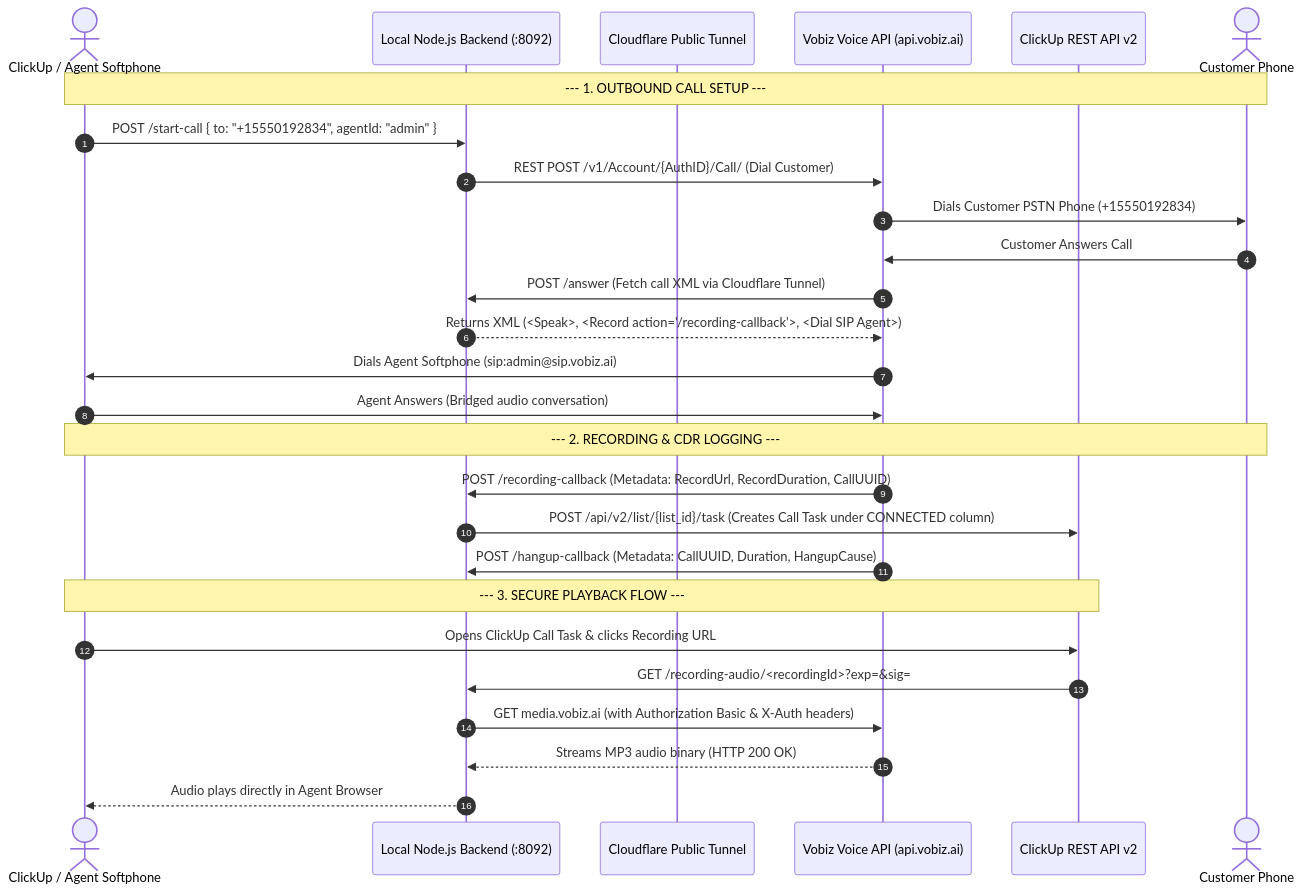
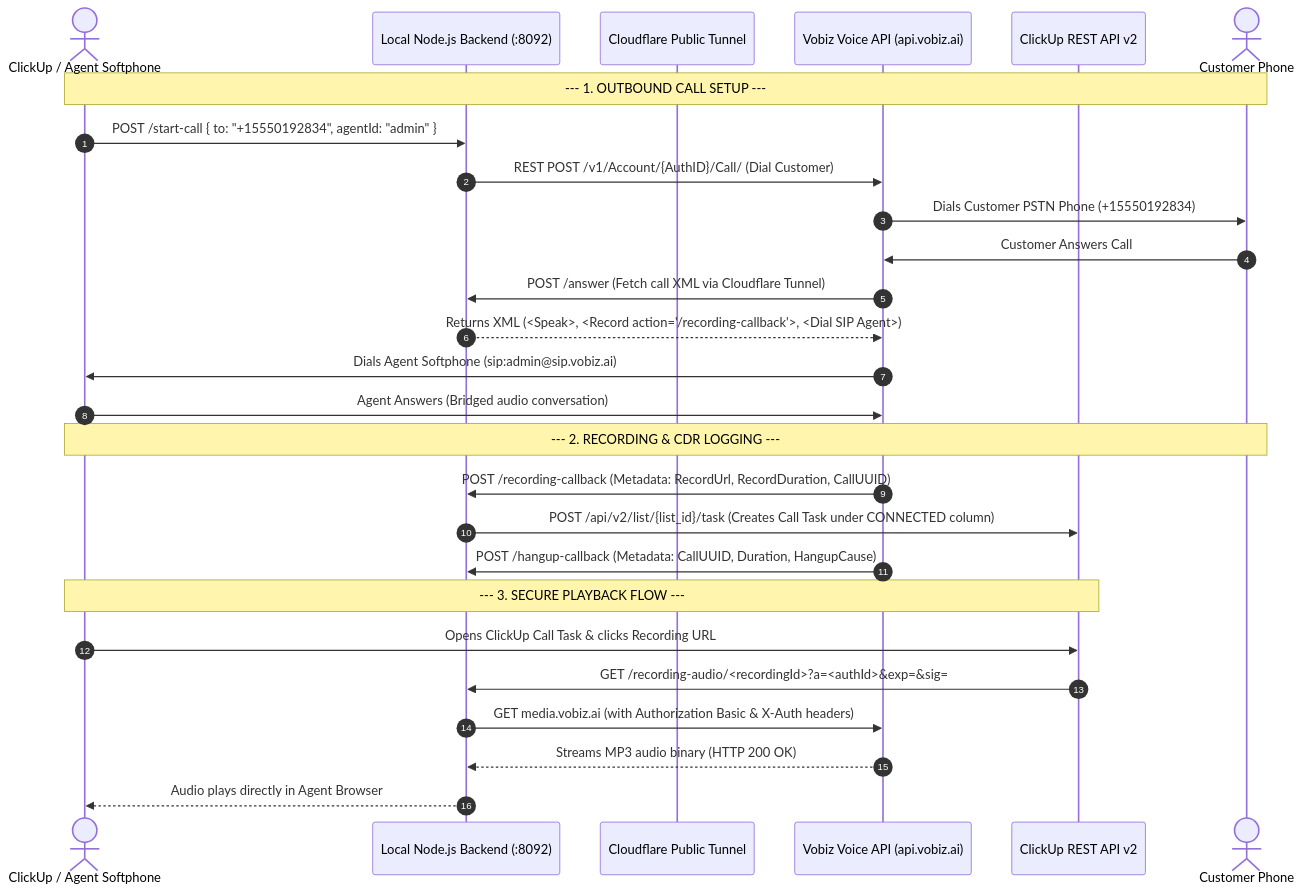
Before and after one commit to vobiz-ai/Vobiz-ClickUp-Calling: the diagram in docs/CLICKUP_VOBIZ_INTEGRATION_PRD.md, drawn with Mermaid. The commit also changed other lines of this file and 19 other files, not shown here.

````diff
--- a/docs/CLICKUP_VOBIZ_INTEGRATION_PRD.md
+++ b/docs/CLICKUP_VOBIZ_INTEGRATION_PRD.md
@@ -80,32 +80,32 @@
 ```mermaid
 sequenceDiagram
     autonumber
     actor Agent as ClickUp / Agent Softphone
     participant BE as Local Node.js Backend (:8092)
     participant CF as Cloudflare Public Tunnel
     participant VB as Vobiz Voice API (api.vobiz.ai)
     participant CU as ClickUp REST API v2
     actor Cust as Customer Phone
 
     Note over Agent,Cust: --- 1. OUTBOUND CALL SETUP ---
     Agent->>BE: POST /start-call { to: "+15550192834", agentId: "admin" }
     BE->>VB: REST POST /v1/Account/{AuthID}/Call/ (Dial Customer)
     VB->>Cust: Dials Customer PSTN Phone (+15550192834)
     Cust->>VB: Customer Answers Call
     VB->>BE: POST /answer (Fetch call XML via Cloudflare Tunnel)
     BE-->>VB: Returns XML (<Speak>, <Record action="/recording-callback">, <Dial SIP Agent>)
     VB->>Agent: Dials Agent Softphone (sip:admin@sip.vobiz.ai)
     Agent->>VB: Agent Answers (Bridged audio conversation)
     
     Note over Cust,Agent: --- 2. RECORDING & CDR LOGGING ---
     VB->>BE: POST /recording-callback (Metadata: RecordUrl, RecordDuration, CallUUID)
     BE->>CU: POST /api/v2/list/{list_id}/task (Creates Call Task under CONNECTED column)
     VB->>BE: POST /hangup-callback (Metadata: CallUUID, Duration, HangupCause)
     
     Note over Agent,CU: --- 3. SECURE PLAYBACK FLOW ---
     Agent->>CU: Opens ClickUp Call Task & clicks Recording URL
-    CU->>BE: GET /recording-audio/<recordingId>?exp=&sig=
+    CU->>BE: GET /recording-audio/<recordingId>?a=<authId>&exp=&sig=
     BE->>VB: GET media.vobiz.ai (with Authorization Basic & X-Auth headers)
     VB-->>BE: Streams MP3 audio binary (HTTP 200 OK)
     BE-->>Agent: Audio plays directly in Agent Browser
 ```
````
